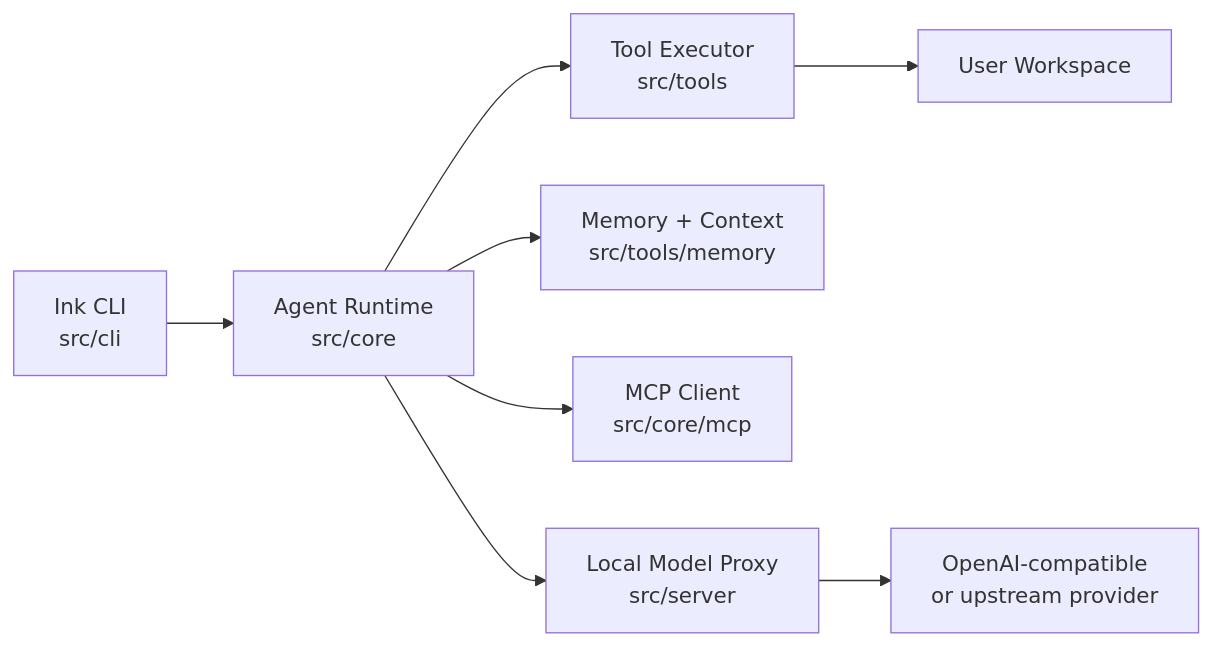
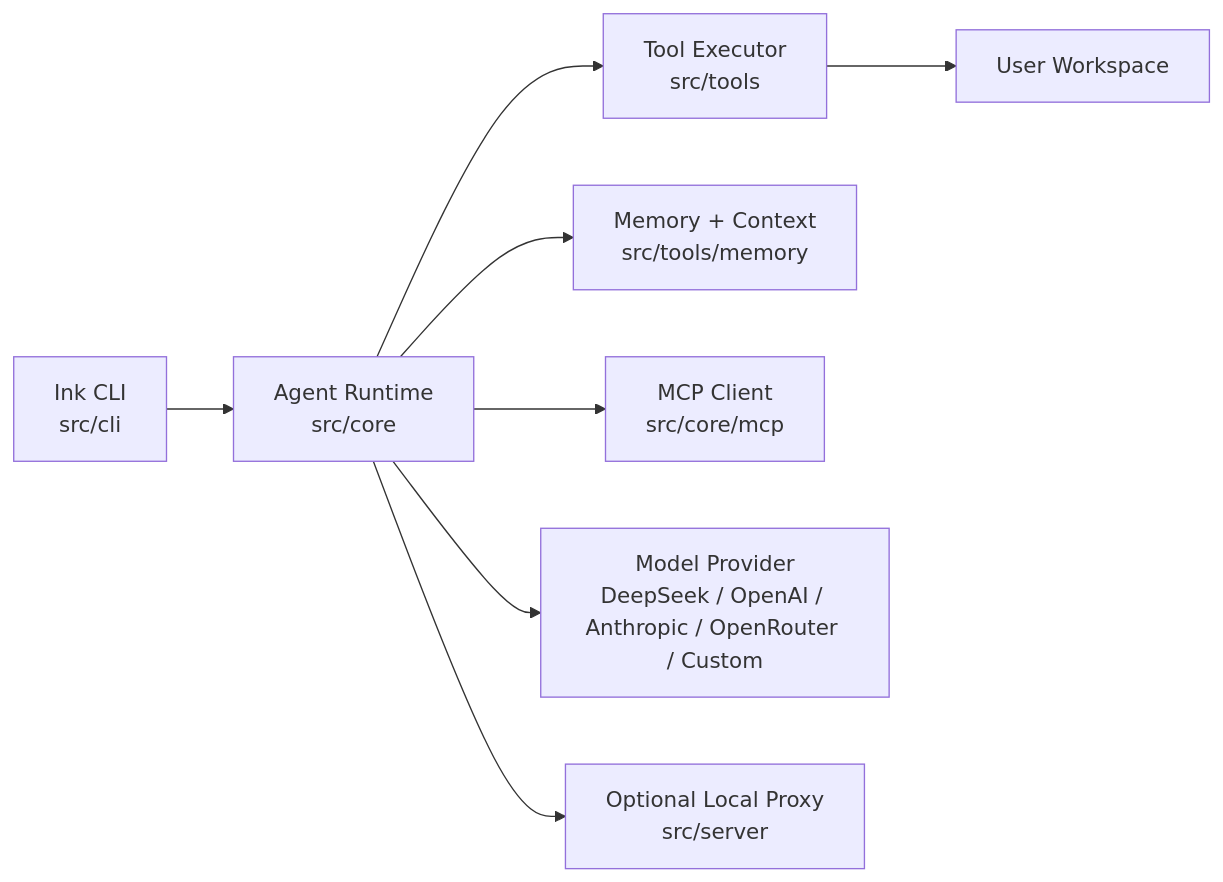
Before and after one commit to MengShengbo/TurboFlux: the second of 2 diagrams in README.md, drawn with Mermaid. The commit also changed other lines of this file and 11 other files, not shown here.

````diff
--- a/README.md
+++ b/README.md
@@ -260,10 +189,10 @@
 ```mermaid
 flowchart LR
   CLI["Ink CLI\nsrc/cli"] --> Runtime["Agent Runtime\nsrc/core"]
   Runtime --> Tools["Tool Executor\nsrc/tools"]
   Runtime --> Memory["Memory + Context\nsrc/tools/memory"]
   Runtime --> MCP["MCP Client\nsrc/core/mcp"]
-  Runtime --> Proxy["Local Model Proxy\nsrc/server"]
-  Proxy --> Provider["OpenAI-compatible\nor upstream provider"]
+  Runtime --> Provider["Model Provider\nDeepSeek / OpenAI / Anthropic / OpenRouter / Custom"]
+  Runtime --> Proxy["Optional Local Proxy\nsrc/server"]
   Tools --> Workspace["User Workspace"]
 ```
````
